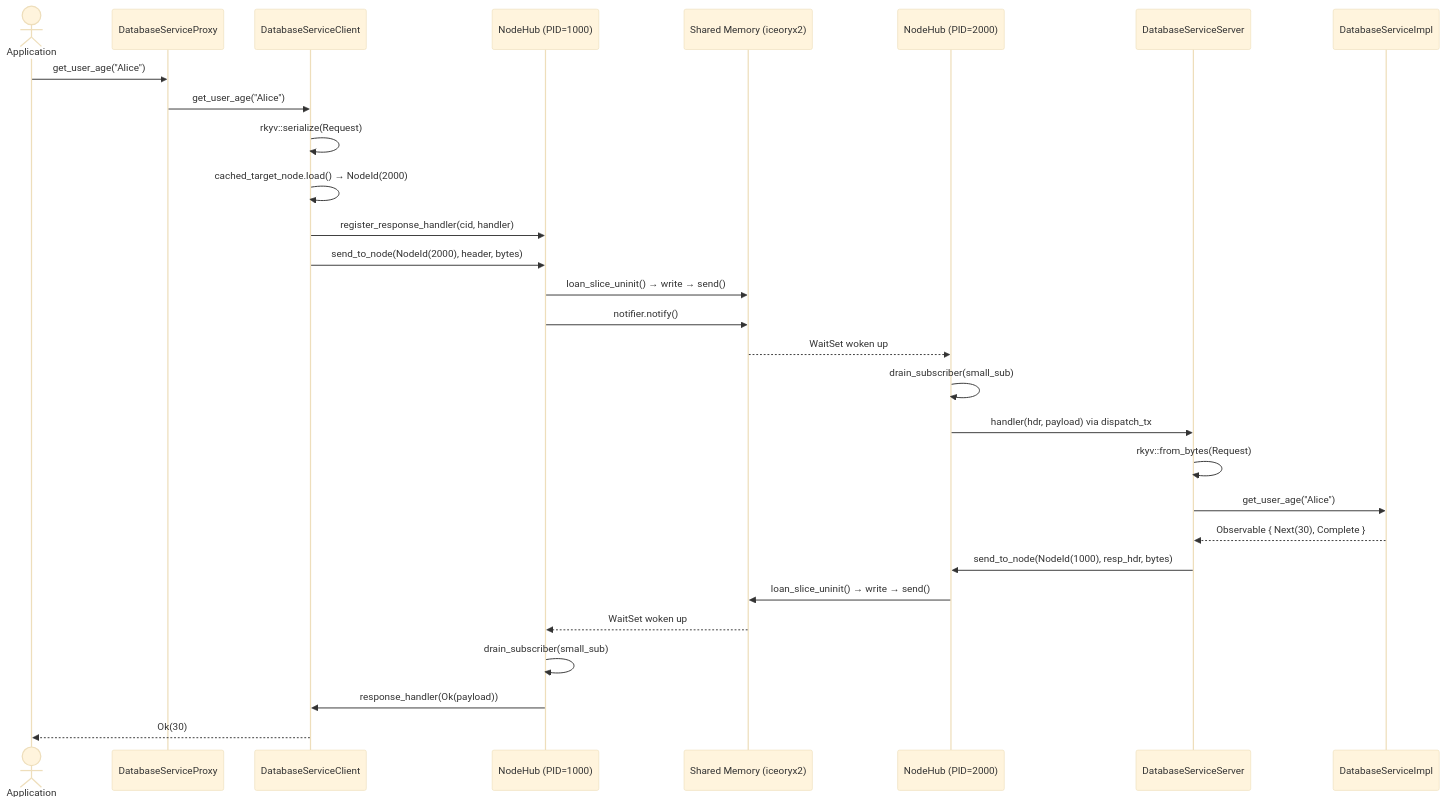
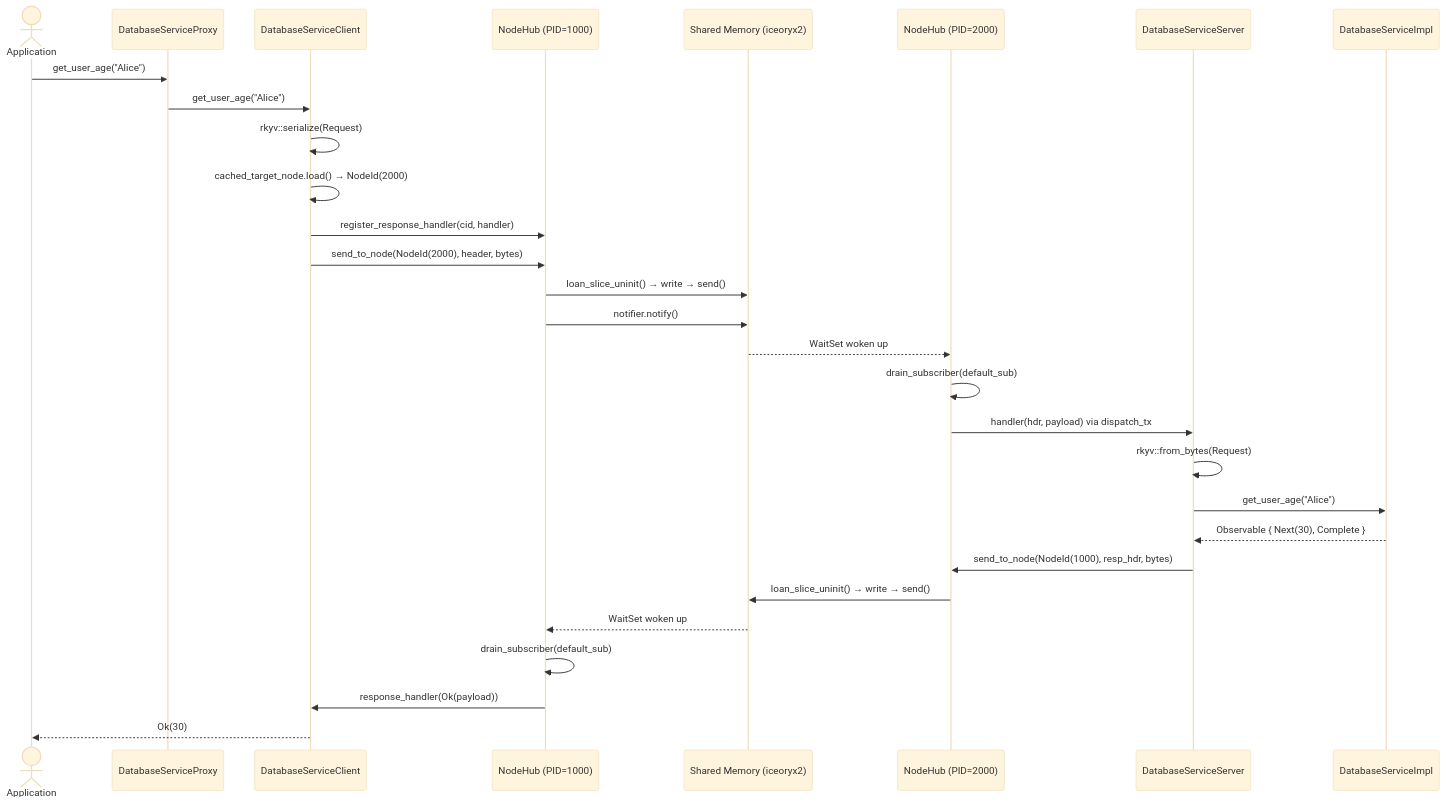
The first of 4 diagrams in Readme.md (max3163/ice-rpc), drawn with Mermaid (base theme) before and after one commit. The commit also changed other lines of this file and 19 other files, not shown here.

````diff
--- a/Readme.md
+++ b/Readme.md
@@ -20,32 +20,32 @@
 ```mermaid
 sequenceDiagram
     actor App as Application
     participant Proxy as DatabaseServiceProxy
     participant Client as DatabaseServiceClient
     participant Hub as NodeHub (PID=1000)
     participant SHM as Shared Memory (iceoryx2)
     participant Hub2 as NodeHub (PID=2000)
     participant Server as DatabaseServiceServer
     participant Impl as DatabaseServiceImpl
 
     App->>Proxy: get_user_age("Alice")
     Proxy->>Client: get_user_age("Alice")
     Client->>Client: rkyv::serialize(Request)
     Client->>Client: cached_target_node.load() → NodeId(2000)
     Client->>Hub: register_response_handler(cid, handler)
     Client->>Hub: send_to_node(NodeId(2000), header, bytes)
     Hub->>SHM: loan_slice_uninit() → write → send()
     Hub->>SHM: notifier.notify()
     SHM-->>Hub2: WaitSet woken up
-    Hub2->>Hub2: drain_subscriber(small_sub)
+    Hub2->>Hub2: drain_subscriber(default_sub)
     Hub2->>Server: handler(hdr, payload) via dispatch_tx
     Server->>Server: rkyv::from_bytes(Request)
     Server->>Impl: get_user_age("Alice")
     Impl-->>Server: Observable { Next(30), Complete }
     Server->>Hub2: send_to_node(NodeId(1000), resp_hdr, bytes)
     Hub2->>SHM: loan_slice_uninit() → write → send()
     SHM-->>Hub: WaitSet woken up
-    Hub->>Hub: drain_subscriber(small_sub)
+    Hub->>Hub: drain_subscriber(default_sub)
     Hub->>Client: response_handler(Ok(payload))
     Client-->>App: Ok(30)
 ```
````
